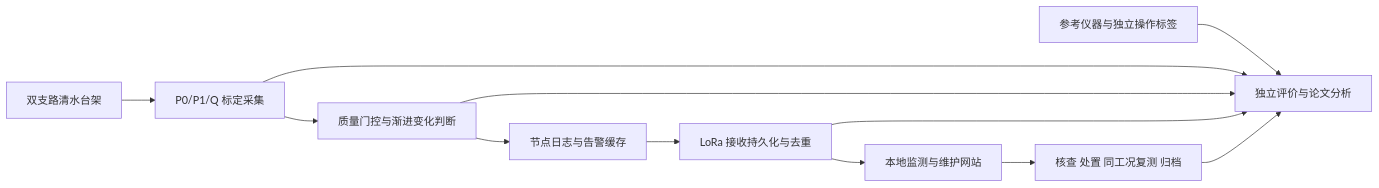
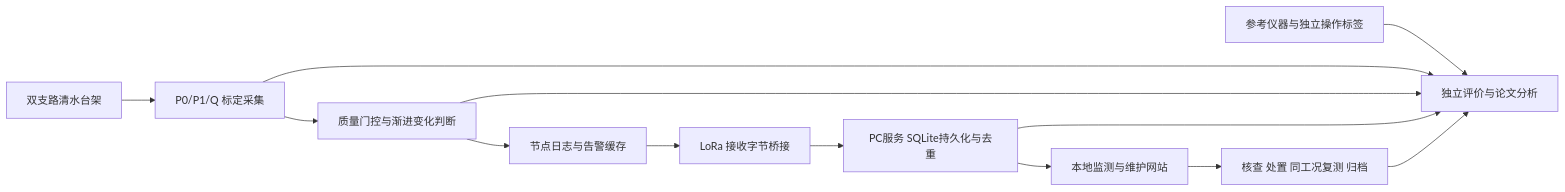
The diagram in docs/项目总规划与任务验收台账.md (Hua-bing-666/dizhiwei), drawn with Mermaid before and after one commit. The commit also changed other lines of this file and 28 other files, not shown here.

````diff
--- a/docs/项目总规划与任务验收台账.md
+++ b/docs/项目总规划与任务验收台账.md
@@ -23,14 +23,15 @@
 ```mermaid
 flowchart LR
   A[参考仪器与独立操作标签] --> V[独立评价与论文分析]
   H[双支路清水台架] --> S[P0/P1/Q 标定采集]
   S --> D[质量门控与渐进变化判断]
   D --> L[节点日志与告警缓存]
-  L --> R[LoRa 接收持久化与去重]
-  R --> W[本地监测与维护网站]
+  L --> R[LoRa 接收字节桥接]
+  R --> P[PC服务 SQLite持久化与去重]
+  P --> W[本地监测与维护网站]
   W --> M[核查 处置 同工况复测 归档]
   S --> V
   D --> V
-  R --> V
+  P --> V
   M --> V
 ```
````
